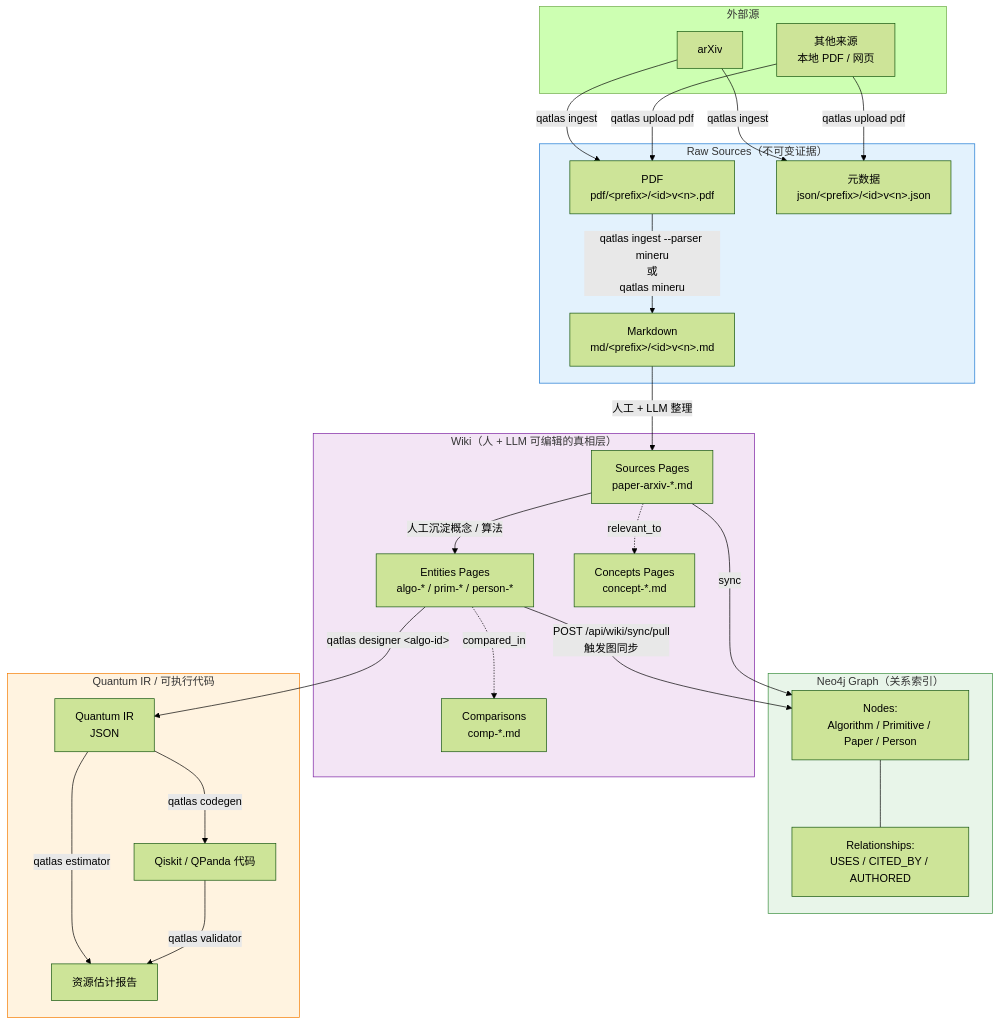
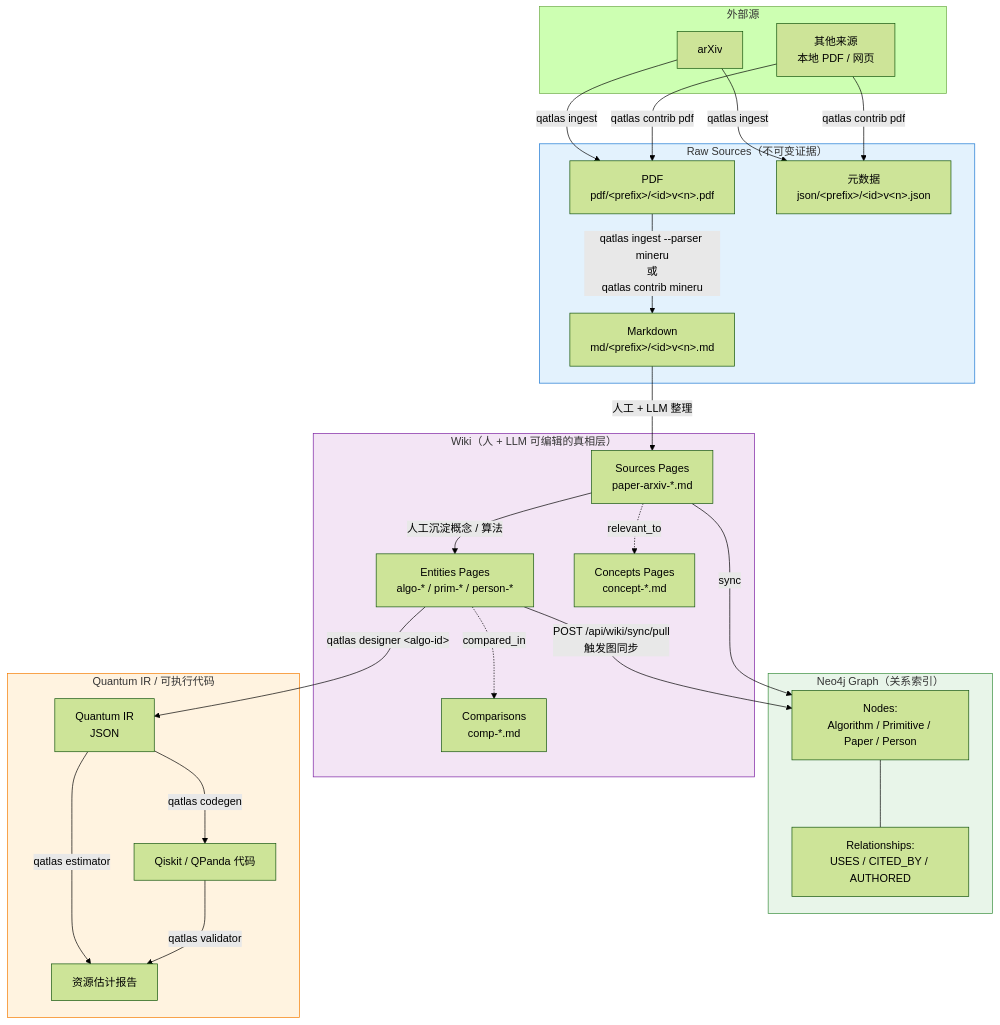
The first of 2 diagrams in docs/concepts/data-flow.md (IAI-USTC-Quantum/QuantumAtlas), drawn with Mermaid (forest theme) before and after one commit. The commit also changed other lines of this file and 29 other files, not shown here.

````diff
--- a/docs/concepts/data-flow.md
+++ b/docs/concepts/data-flow.md
@@ -5,57 +5,57 @@
 ```mermaid
 flowchart TB
     subgraph SRC ["外部源"]
         ARX[arXiv]
         OTH[其他来源<br/>本地 PDF / 网页]
     end
 
     subgraph RAW ["Raw Sources（不可变证据）"]
         PDF[PDF<br/>pdf/&lt;prefix&gt;/&lt;id&gt;v&lt;n&gt;.pdf]
         MD[Markdown<br/>md/&lt;prefix&gt;/&lt;id&gt;v&lt;n&gt;.md]
         META[元数据<br/>json/&lt;prefix&gt;/&lt;id&gt;v&lt;n&gt;.json]
     end
 
     subgraph WIKI ["Wiki（人 + LLM 可编辑的真相层）"]
         SRCPG[Sources Pages<br/>paper-arxiv-*.md]
         ENTPG[Entities Pages<br/>algo-* / prim-* / person-*]
         CPTPG[Concepts Pages<br/>concept-*.md]
         CMPPG[Comparisons<br/>comp-*.md]
     end
 
     subgraph GRAPH ["Neo4j Graph（关系索引）"]
         NODE[Nodes:<br/>Algorithm / Primitive / Paper / Person]
         REL[Relationships:<br/>USES / CITED_BY / AUTHORED]
     end
 
     subgraph CODE ["Quantum IR / 可执行代码"]
         IR[Quantum IR<br/>JSON]
         QSK[Qiskit / QPanda 代码]
         EST[资源估计报告]
     end
 
     ARX -->|qatlas ingest| PDF
     ARX -->|qatlas ingest| META
-    OTH -->|qatlas upload pdf| PDF
-    OTH -->|qatlas upload pdf| META
+    OTH -->|qatlas contrib pdf| PDF
+    OTH -->|qatlas contrib pdf| META
 
-    PDF -->|qatlas ingest --parser mineru<br/>或<br/>qatlas mineru| MD
+    PDF -->|qatlas ingest --parser mineru<br/>或<br/>qatlas contrib mineru| MD
 
     MD -->|人工 + LLM 整理| SRCPG
     SRCPG -->|人工沉淀概念 / 算法| ENTPG
     SRCPG -.->|relevant_to| CPTPG
     ENTPG -.->|compared_in| CMPPG
 
     ENTPG -->|POST /api/wiki/sync/pull<br/>触发图同步| NODE
     SRCPG -->|sync| NODE
     NODE --- REL
 
     ENTPG -->|qatlas designer &lt;algo-id&gt;| IR
     IR -->|qatlas codegen| QSK
     IR -->|qatlas estimator| EST
     QSK -->|qatlas validator| EST
 
     style RAW fill:#e3f2fd,stroke:#1976d2
     style WIKI fill:#f3e5f5,stroke:#7b1fa2
     style GRAPH fill:#e8f5e9,stroke:#388e3c
     style CODE fill:#fff3e0,stroke:#f57c00
 ```
````
